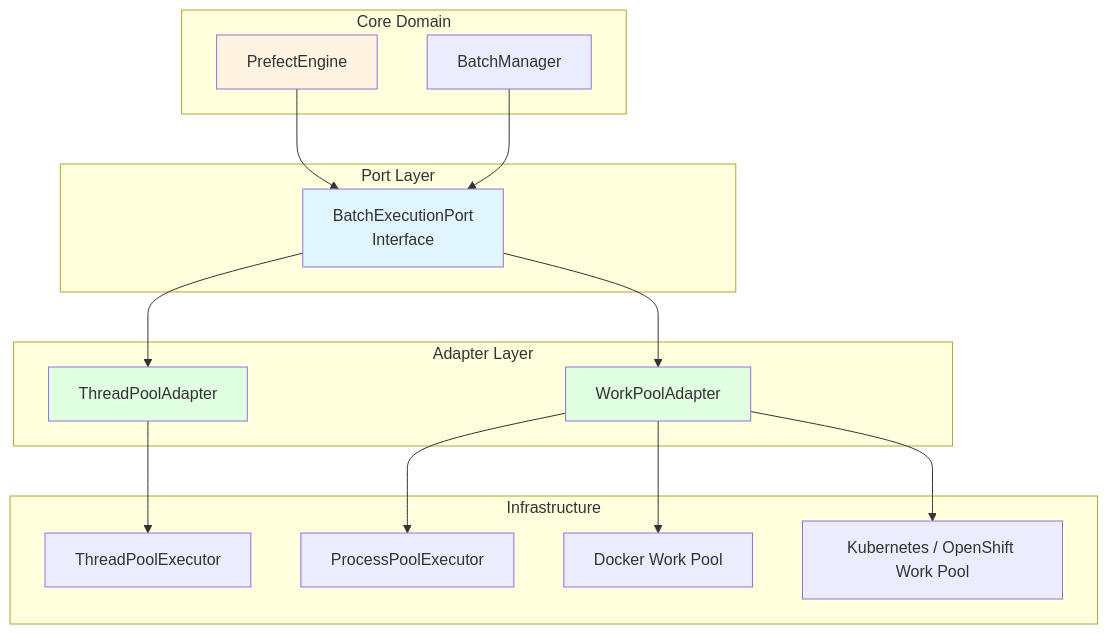
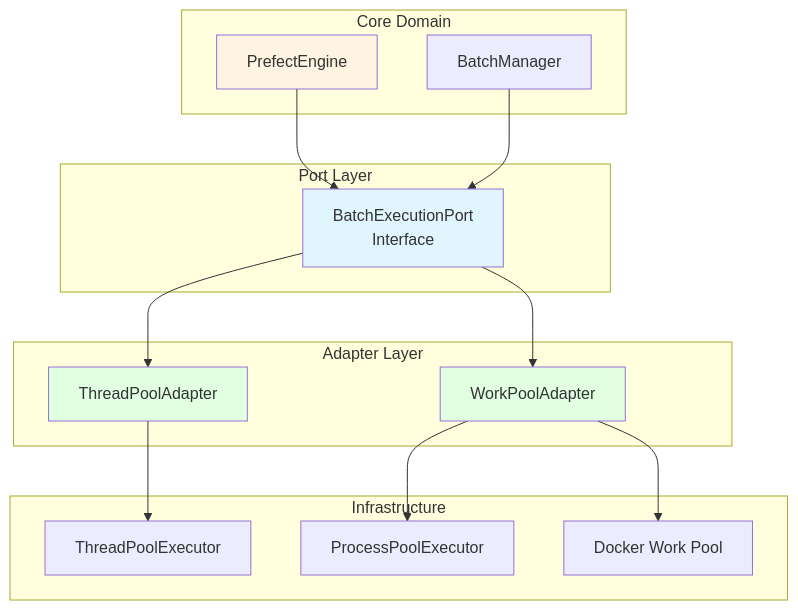
One commit to anupvarma007-ui/datasift-opensource changed the eighth of 31 diagrams in ARCHITECTURE.md. Above: the diagram before and after it, drawn with Mermaid. The commit also changed other lines of this file and 22 other files, not shown here.

First line of the commit message:
Remove Kubernetes support from Prefect work pools (#457)

````diff
--- a/ARCHITECTURE.md
+++ b/ARCHITECTURE.md
@@ -1093,37 +1067,35 @@
 ```mermaid
 graph TB
     subgraph "Core Domain"
         PE[PrefectEngine]
         BM[BatchManager]
     end
 
     subgraph "Port Layer"
         BEP[BatchExecutionPort<br/>Interface]
     end
 
     subgraph "Adapter Layer"
         TPA[ThreadPoolAdapter]
         WPA[WorkPoolAdapter]
     end
 
     subgraph "Infrastructure"
         TP[ThreadPoolExecutor]
         PP[ProcessPoolExecutor]
         DW[Docker Work Pool]
-        KW[Kubernetes / OpenShift Work Pool]
     end
 
     PE --> BEP
     BM --> BEP
     BEP --> TPA
     BEP --> WPA
     TPA --> TP
     WPA --> PP
     WPA --> DW
-    WPA --> KW
 
     style PE fill:#fff4e1
     style BEP fill:#e1f5ff
     style TPA fill:#e1ffe1
     style WPA fill:#e1ffe1
 ```
````
